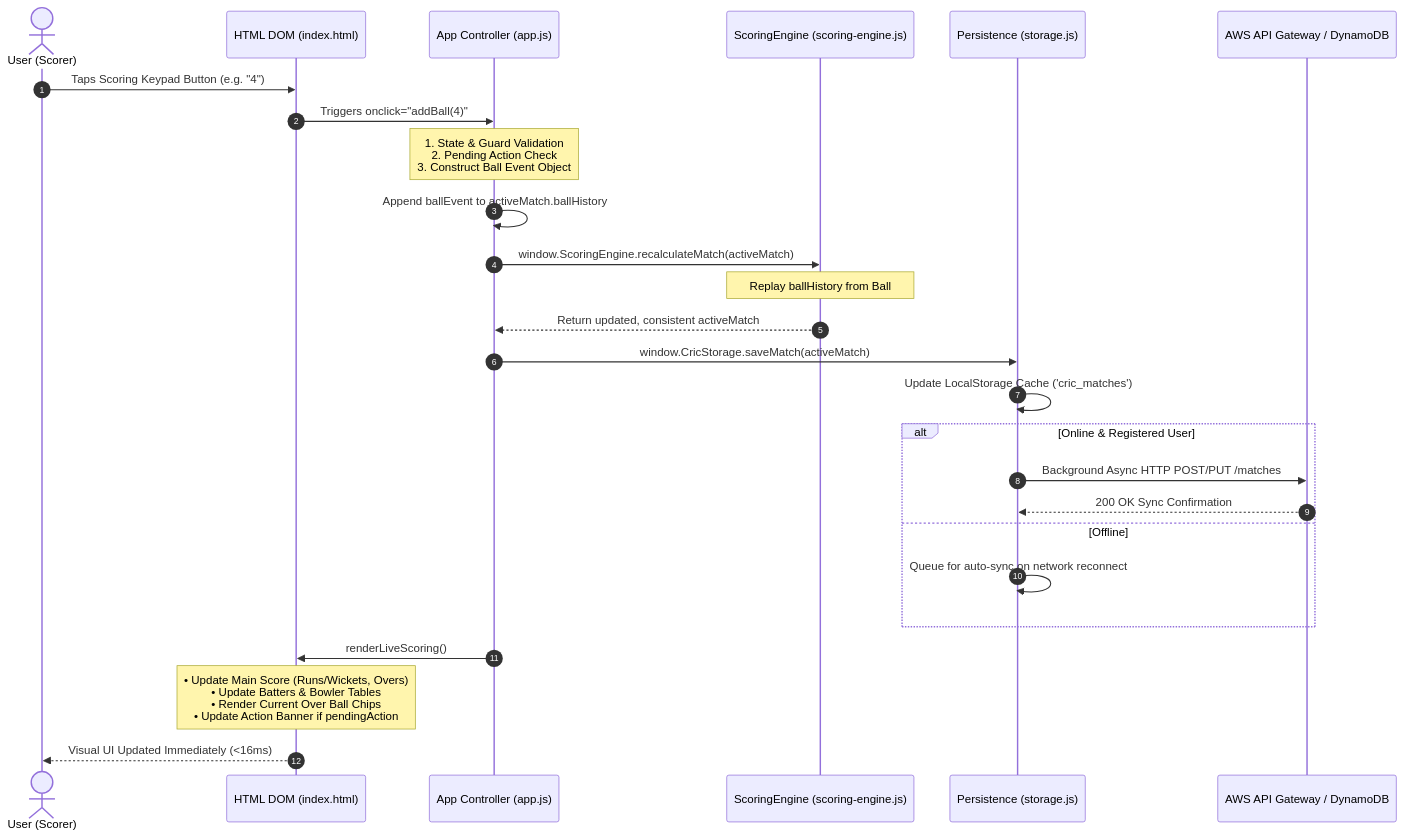
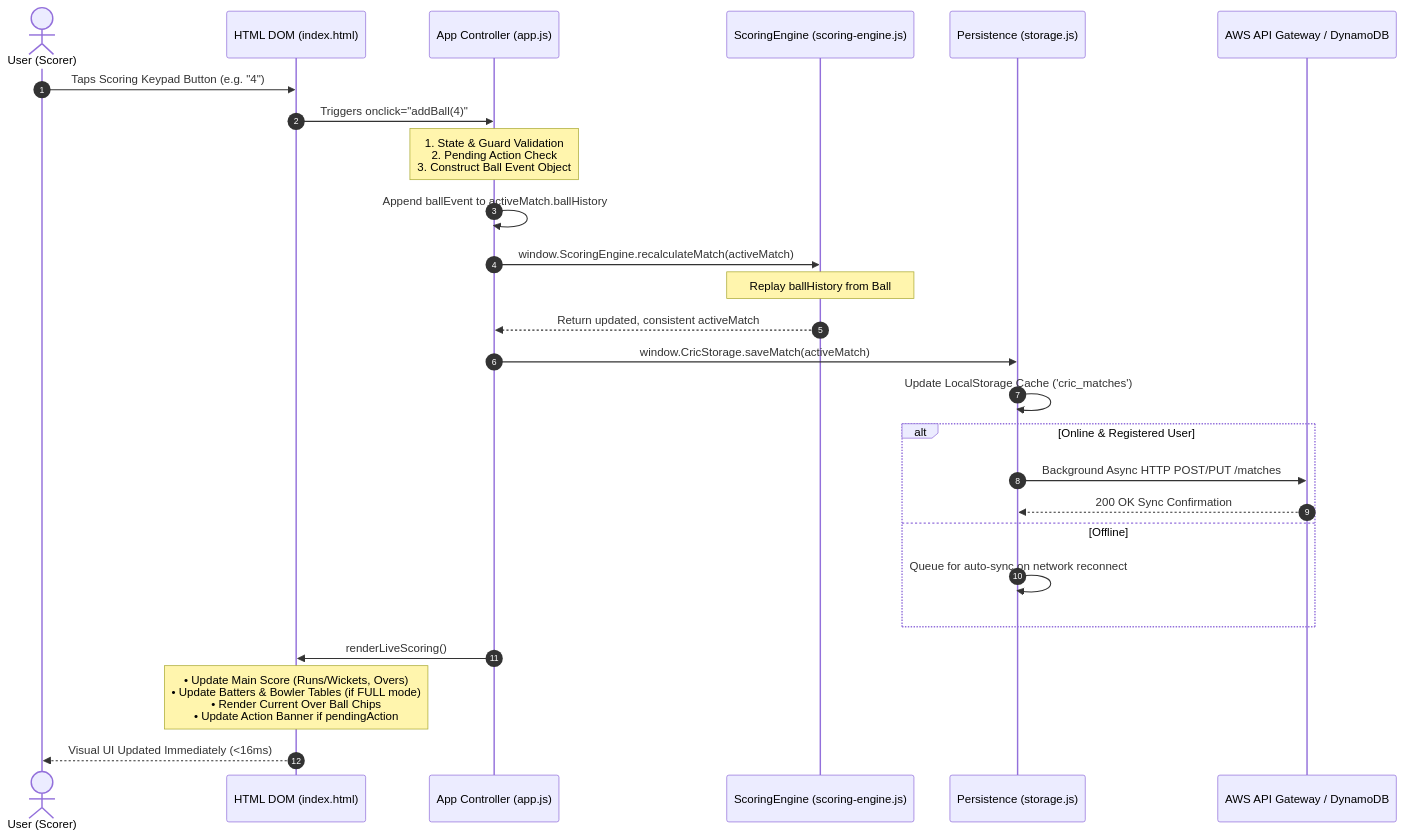
Before and after one commit to Ankojin/CricketScorer-web: the diagram in architecture_and_workflow_review.artifact.md, drawn with Mermaid. The commit also changed other lines of this file and 3 other files, not shown here.

Commit message:
Feat: - Prompt 1 — Fix QUICK vs FULL scoring (code) - Prompt 2 — Update architecture / reference doc

````diff
--- a/architecture_and_workflow_review.artifact.md
+++ b/architecture_and_workflow_review.artifact.md
@@ -103,35 +121,35 @@
 ```mermaid
 sequenceDiagram
     autonumber
     actor Scorer as User (Scorer)
     participant DOM as HTML DOM (index.html)
     participant App as App Controller (app.js)
     participant Engine as ScoringEngine (scoring-engine.js)
     participant Store as Persistence (storage.js)
     participant AWS as AWS API Gateway / DynamoDB
 
     Scorer->>DOM: Taps Scoring Keypad Button (e.g. "4")
     DOM->>App: Triggers onclick="addBall(4)"
 
     Note over App: 1. State & Guard Validation<br/>2. Pending Action Check<br/>3. Construct Ball Event Object
 
     App->>App: Append ballEvent to activeMatch.ballHistory
 
     App->>Engine: window.ScoringEngine.recalculateMatch(activeMatch)
     Note over Engine: Replay ballHistory from Ball #1:<br/>• Recalculate Batting/Bowling Stats<br/>• Calculate CRR/RRR & Target<br/>• Check Over End & Bowler Quotas<br/>• Evaluate Innings Completion
     Engine-->>App: Return updated, consistent activeMatch
 
     App->>Store: window.CricStorage.saveMatch(activeMatch)
     Store->>Store: Update LocalStorage Cache ('cric_matches')
 
     alt Online & Registered User
         Store->>AWS: Background Async HTTP POST/PUT /matches
         AWS-->>Store: 200 OK Sync Confirmation
     else Offline
         Store->>Store: Queue for auto-sync on network reconnect
     end
 
     App->>DOM: renderLiveScoring()
-    Note over DOM: • Update Main Score (Runs/Wickets, Overs)<br/>• Update Batters & Bowler Tables<br/>• Render Current Over Ball Chips<br/>• Update Action Banner if pendingAction
+    Note over DOM: • Update Main Score (Runs/Wickets, Overs)<br/>• Update Batters & Bowler Tables (if FULL mode)<br/>• Render Current Over Ball Chips<br/>• Update Action Banner if pendingAction
     DOM-->>Scorer: Visual UI Updated Immediately (<16ms)
 ```
````
